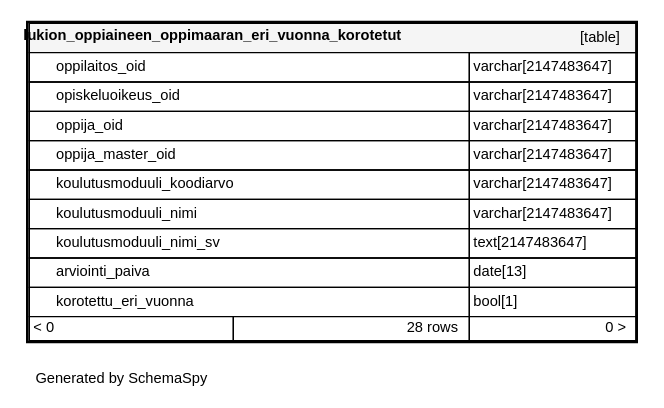
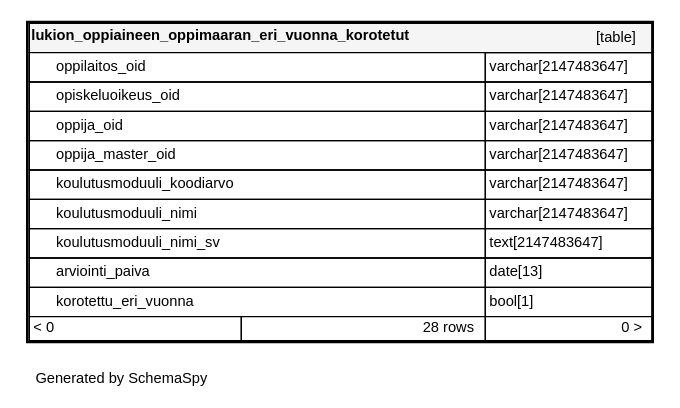
One commit to Opetushallitus/koski changed the diagram in documentation/tietokantaskeemat/koski-raportointikanta/diagrams/tables/lukion_oppiaineen_oppimaaran_er_a8537125.1degree.dot. Above: the diagram before and after it, drawn with Graphviz. The commit also changed 223 other files, not shown here.

```diff
--- a/documentation/tietokantaskeemat/koski-raportointikanta/diagrams/tables/lukion_oppiaineen_oppimaaran_er_a8537125.1degree.dot
+++ b/documentation/tietokantaskeemat/koski-raportointikanta/diagrams/tables/lukion_oppiaineen_oppimaaran_er_a8537125.1degree.dot
@@ -1,22 +1,22 @@
 digraph "oneDegreeRelationshipsDiagram" {
   graph [    rankdir="RL"    bgcolor="#ffffff"    label="\nGenerated by SchemaSpy"    labeljust="l"    nodesep="0.18"    ranksep="0.46"    fontname="Helvetica"    fontsize="11"    ration="compress"  ];  node [    fontname="Helvetica"    fontsize="11"    shape="plaintext"  ];  edge [    arrowsize="0.8"  ];
   "lukion_oppiaineen_oppimaaran_eri_vuonna_korotetut" [
    label=<
     <TABLE BORDER="2" CELLBORDER="1" CELLSPACING="0" BGCOLOR="#ffffff">
-      <TR><TD COLSPAN="4"  BGCOLOR="#f5f5f5"><TABLE BORDER="0" CELLSPACING="0"><TR><TD ALIGN="LEFT" FIXEDSIZE="TRUE" WIDTH="309" HEIGHT="16"><B>lukion_oppiaineen_oppimaaran_eri_vuonna_korotetut</B></TD><TD ALIGN="RIGHT">[table]</TD></TR></TABLE></TD></TR>
-      <TR><TD PORT="oppilaitos_oid" COLSPAN="2" BGCOLOR="#ffffff" ALIGN="LEFT"><TABLE BORDER="0" CELLSPACING="0" ALIGN="LEFT"><TR ALIGN="LEFT"><TD ALIGN="LEFT" FIXEDSIZE="TRUE" WIDTH="15" HEIGHT="16"></TD><TD ALIGN="LEFT" FIXEDSIZE="TRUE" WIDTH="309" HEIGHT="16">oppilaitos_oid</TD></TR></TABLE></TD><TD PORT="oppilaitos_oid.type" ALIGN="LEFT">varchar[2147483647]</TD></TR>
-      <TR><TD PORT="opiskeluoikeus_oid" COLSPAN="2" ALIGN="LEFT"><TABLE BORDER="0" CELLSPACING="0" ALIGN="LEFT"><TR ALIGN="LEFT"><TD ALIGN="LEFT" FIXEDSIZE="TRUE" WIDTH="15" HEIGHT="16"></TD><TD ALIGN="LEFT" FIXEDSIZE="TRUE" WIDTH="309" HEIGHT="16">opiskeluoikeus_oid</TD></TR></TABLE></TD><TD PORT="opiskeluoikeus_oid.type" ALIGN="LEFT">varchar[2147483647]</TD></TR>
-      <TR><TD PORT="oppija_oid" COLSPAN="2" ALIGN="LEFT"><TABLE BORDER="0" CELLSPACING="0" ALIGN="LEFT"><TR ALIGN="LEFT"><TD ALIGN="LEFT" FIXEDSIZE="TRUE" WIDTH="15" HEIGHT="16"></TD><TD ALIGN="LEFT" FIXEDSIZE="TRUE" WIDTH="309" HEIGHT="16">oppija_oid</TD></TR></TABLE></TD><TD PORT="oppija_oid.type" ALIGN="LEFT">varchar[2147483647]</TD></TR>
-      <TR><TD PORT="oppija_master_oid" COLSPAN="2" ALIGN="LEFT"><TABLE BORDER="0" CELLSPACING="0" ALIGN="LEFT"><TR ALIGN="LEFT"><TD ALIGN="LEFT" FIXEDSIZE="TRUE" WIDTH="15" HEIGHT="16"></TD><TD ALIGN="LEFT" FIXEDSIZE="TRUE" WIDTH="309" HEIGHT="16">oppija_master_oid</TD></TR></TABLE></TD><TD PORT="oppija_master_oid.type" ALIGN="LEFT">varchar[2147483647]</TD></TR>
-      <TR><TD PORT="koulutusmoduuli_koodiarvo" COLSPAN="2" ALIGN="LEFT"><TABLE BORDER="0" CELLSPACING="0" ALIGN="LEFT"><TR ALIGN="LEFT"><TD ALIGN="LEFT" FIXEDSIZE="TRUE" WIDTH="15" HEIGHT="16"></TD><TD ALIGN="LEFT" FIXEDSIZE="TRUE" WIDTH="309" HEIGHT="16">koulutusmoduuli_koodiarvo</TD></TR></TABLE></TD><TD PORT="koulutusmoduuli_koodiarvo.type" ALIGN="LEFT">varchar[2147483647]</TD></TR>
-      <TR><TD PORT="koulutusmoduuli_nimi" COLSPAN="2" ALIGN="LEFT"><TABLE BORDER="0" CELLSPACING="0" ALIGN="LEFT"><TR ALIGN="LEFT"><TD ALIGN="LEFT" FIXEDSIZE="TRUE" WIDTH="15" HEIGHT="16"></TD><TD ALIGN="LEFT" FIXEDSIZE="TRUE" WIDTH="309" HEIGHT="16">koulutusmoduuli_nimi</TD></TR></TABLE></TD><TD PORT="koulutusmoduuli_nimi.type" ALIGN="LEFT">varchar[2147483647]</TD></TR>
-      <TR><TD PORT="koulutusmoduuli_nimi_sv" COLSPAN="2" ALIGN="LEFT"><TABLE BORDER="0" CELLSPACING="0" ALIGN="LEFT"><TR ALIGN="LEFT"><TD ALIGN="LEFT" FIXEDSIZE="TRUE" WIDTH="15" HEIGHT="16"></TD><TD ALIGN="LEFT" FIXEDSIZE="TRUE" WIDTH="309" HEIGHT="16">koulutusmoduuli_nimi_sv</TD></TR></TABLE></TD><TD PORT="koulutusmoduuli_nimi_sv.type" ALIGN="LEFT">text[2147483647]</TD></TR>
-      <TR><TD PORT="arviointi_paiva" COLSPAN="2" ALIGN="LEFT"><TABLE BORDER="0" CELLSPACING="0" ALIGN="LEFT"><TR ALIGN="LEFT"><TD ALIGN="LEFT" FIXEDSIZE="TRUE" WIDTH="15" HEIGHT="16"></TD><TD ALIGN="LEFT" FIXEDSIZE="TRUE" WIDTH="309" HEIGHT="16">arviointi_paiva</TD></TR></TABLE></TD><TD PORT="arviointi_paiva.type" ALIGN="LEFT">date[13]</TD></TR>
-      <TR><TD PORT="korotettu_eri_vuonna" COLSPAN="2" ALIGN="LEFT"><TABLE BORDER="0" CELLSPACING="0" ALIGN="LEFT"><TR ALIGN="LEFT"><TD ALIGN="LEFT" FIXEDSIZE="TRUE" WIDTH="15" HEIGHT="16"></TD><TD ALIGN="LEFT" FIXEDSIZE="TRUE" WIDTH="309" HEIGHT="16">korotettu_eri_vuonna</TD></TR></TABLE></TD><TD PORT="korotettu_eri_vuonna.type" ALIGN="LEFT">bool[1]</TD></TR>
+      <TR><TD COLSPAN="4"  BGCOLOR="#f5f5f5"><TABLE BORDER="0" CELLSPACING="0"><TR><TD ALIGN="LEFT" FIXEDSIZE="TRUE" WIDTH="321" HEIGHT="16"><B>lukion_oppiaineen_oppimaaran_eri_vuonna_korotetut</B></TD><TD ALIGN="RIGHT">[table]</TD></TR></TABLE></TD></TR>
+      <TR><TD PORT="oppilaitos_oid" COLSPAN="2" BGCOLOR="#ffffff" ALIGN="LEFT"><TABLE BORDER="0" CELLSPACING="0" ALIGN="LEFT"><TR ALIGN="LEFT"><TD ALIGN="LEFT" FIXEDSIZE="TRUE" WIDTH="15" HEIGHT="16"></TD><TD ALIGN="LEFT" FIXEDSIZE="TRUE" WIDTH="321" HEIGHT="16">oppilaitos_oid</TD></TR></TABLE></TD><TD PORT="oppilaitos_oid.type" ALIGN="LEFT">varchar[2147483647]</TD></TR>
+      <TR><TD PORT="opiskeluoikeus_oid" COLSPAN="2" ALIGN="LEFT"><TABLE BORDER="0" CELLSPACING="0" ALIGN="LEFT"><TR ALIGN="LEFT"><TD ALIGN="LEFT" FIXEDSIZE="TRUE" WIDTH="15" HEIGHT="16"></TD><TD ALIGN="LEFT" FIXEDSIZE="TRUE" WIDTH="321" HEIGHT="16">opiskeluoikeus_oid</TD></TR></TABLE></TD><TD PORT="opiskeluoikeus_oid.type" ALIGN="LEFT">varchar[2147483647]</TD></TR>
+      <TR><TD PORT="oppija_oid" COLSPAN="2" ALIGN="LEFT"><TABLE BORDER="0" CELLSPACING="0" ALIGN="LEFT"><TR ALIGN="LEFT"><TD ALIGN="LEFT" FIXEDSIZE="TRUE" WIDTH="15" HEIGHT="16"></TD><TD ALIGN="LEFT" FIXEDSIZE="TRUE" WIDTH="321" HEIGHT="16">oppija_oid</TD></TR></TABLE></TD><TD PORT="oppija_oid.type" ALIGN="LEFT">varchar[2147483647]</TD></TR>
+      <TR><TD PORT="oppija_master_oid" COLSPAN="2" ALIGN="LEFT"><TABLE BORDER="0" CELLSPACING="0" ALIGN="LEFT"><TR ALIGN="LEFT"><TD ALIGN="LEFT" FIXEDSIZE="TRUE" WIDTH="15" HEIGHT="16"></TD><TD ALIGN="LEFT" FIXEDSIZE="TRUE" WIDTH="321" HEIGHT="16">oppija_master_oid</TD></TR></TABLE></TD><TD PORT="oppija_master_oid.type" ALIGN="LEFT">varchar[2147483647]</TD></TR>
+      <TR><TD PORT="koulutusmoduuli_koodiarvo" COLSPAN="2" ALIGN="LEFT"><TABLE BORDER="0" CELLSPACING="0" ALIGN="LEFT"><TR ALIGN="LEFT"><TD ALIGN="LEFT" FIXEDSIZE="TRUE" WIDTH="15" HEIGHT="16"></TD><TD ALIGN="LEFT" FIXEDSIZE="TRUE" WIDTH="321" HEIGHT="16">koulutusmoduuli_koodiarvo</TD></TR></TABLE></TD><TD PORT="koulutusmoduuli_koodiarvo.type" ALIGN="LEFT">varchar[2147483647]</TD></TR>
+      <TR><TD PORT="koulutusmoduuli_nimi" COLSPAN="2" ALIGN="LEFT"><TABLE BORDER="0" CELLSPACING="0" ALIGN="LEFT"><TR ALIGN="LEFT"><TD ALIGN="LEFT" FIXEDSIZE="TRUE" WIDTH="15" HEIGHT="16"></TD><TD ALIGN="LEFT" FIXEDSIZE="TRUE" WIDTH="321" HEIGHT="16">koulutusmoduuli_nimi</TD></TR></TABLE></TD><TD PORT="koulutusmoduuli_nimi.type" ALIGN="LEFT">varchar[2147483647]</TD></TR>
+      <TR><TD PORT="koulutusmoduuli_nimi_sv" COLSPAN="2" ALIGN="LEFT"><TABLE BORDER="0" CELLSPACING="0" ALIGN="LEFT"><TR ALIGN="LEFT"><TD ALIGN="LEFT" FIXEDSIZE="TRUE" WIDTH="15" HEIGHT="16"></TD><TD ALIGN="LEFT" FIXEDSIZE="TRUE" WIDTH="321" HEIGHT="16">koulutusmoduuli_nimi_sv</TD></TR></TABLE></TD><TD PORT="koulutusmoduuli_nimi_sv.type" ALIGN="LEFT">text[2147483647]</TD></TR>
+      <TR><TD PORT="arviointi_paiva" COLSPAN="2" ALIGN="LEFT"><TABLE BORDER="0" CELLSPACING="0" ALIGN="LEFT"><TR ALIGN="LEFT"><TD ALIGN="LEFT" FIXEDSIZE="TRUE" WIDTH="15" HEIGHT="16"></TD><TD ALIGN="LEFT" FIXEDSIZE="TRUE" WIDTH="321" HEIGHT="16">arviointi_paiva</TD></TR></TABLE></TD><TD PORT="arviointi_paiva.type" ALIGN="LEFT">date[13]</TD></TR>
+      <TR><TD PORT="korotettu_eri_vuonna" COLSPAN="2" ALIGN="LEFT"><TABLE BORDER="0" CELLSPACING="0" ALIGN="LEFT"><TR ALIGN="LEFT"><TD ALIGN="LEFT" FIXEDSIZE="TRUE" WIDTH="15" HEIGHT="16"></TD><TD ALIGN="LEFT" FIXEDSIZE="TRUE" WIDTH="321" HEIGHT="16">korotettu_eri_vuonna</TD></TR></TABLE></TD><TD PORT="korotettu_eri_vuonna.type" ALIGN="LEFT">bool[1]</TD></TR>
       <TR><TD ALIGN="LEFT" BGCOLOR="#ffffff">&lt; 0</TD><TD ALIGN="RIGHT" BGCOLOR="#ffffff">28 rows</TD><TD ALIGN="RIGHT" BGCOLOR="#ffffff">0 &gt;</TD></TR>
     </TABLE>>
     URL="../../tables/lukion_oppiaineen_oppimaaran_er_a8537125.html"
     target="_top"
     tooltip="lukion_oppiaineen_oppimaaran_eri_vuonna_korotetut"
   ];
 }
```
